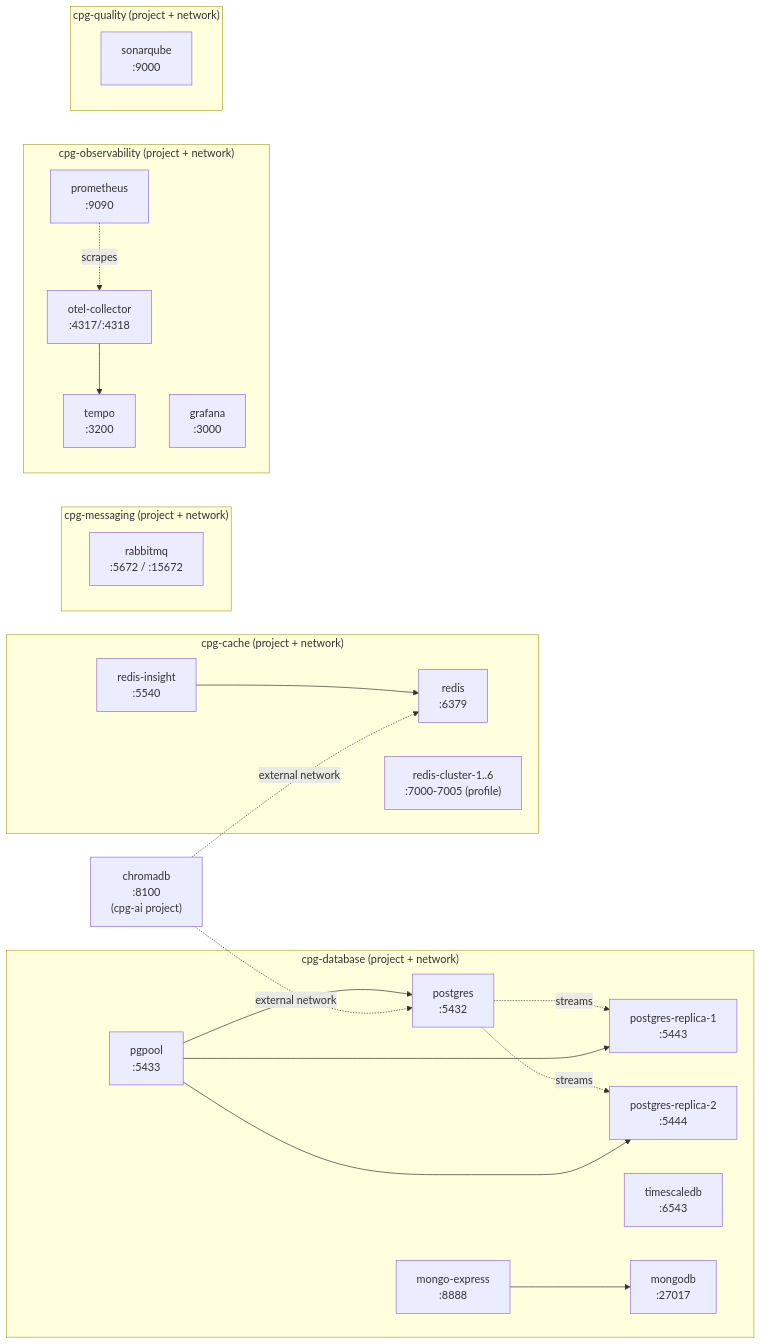
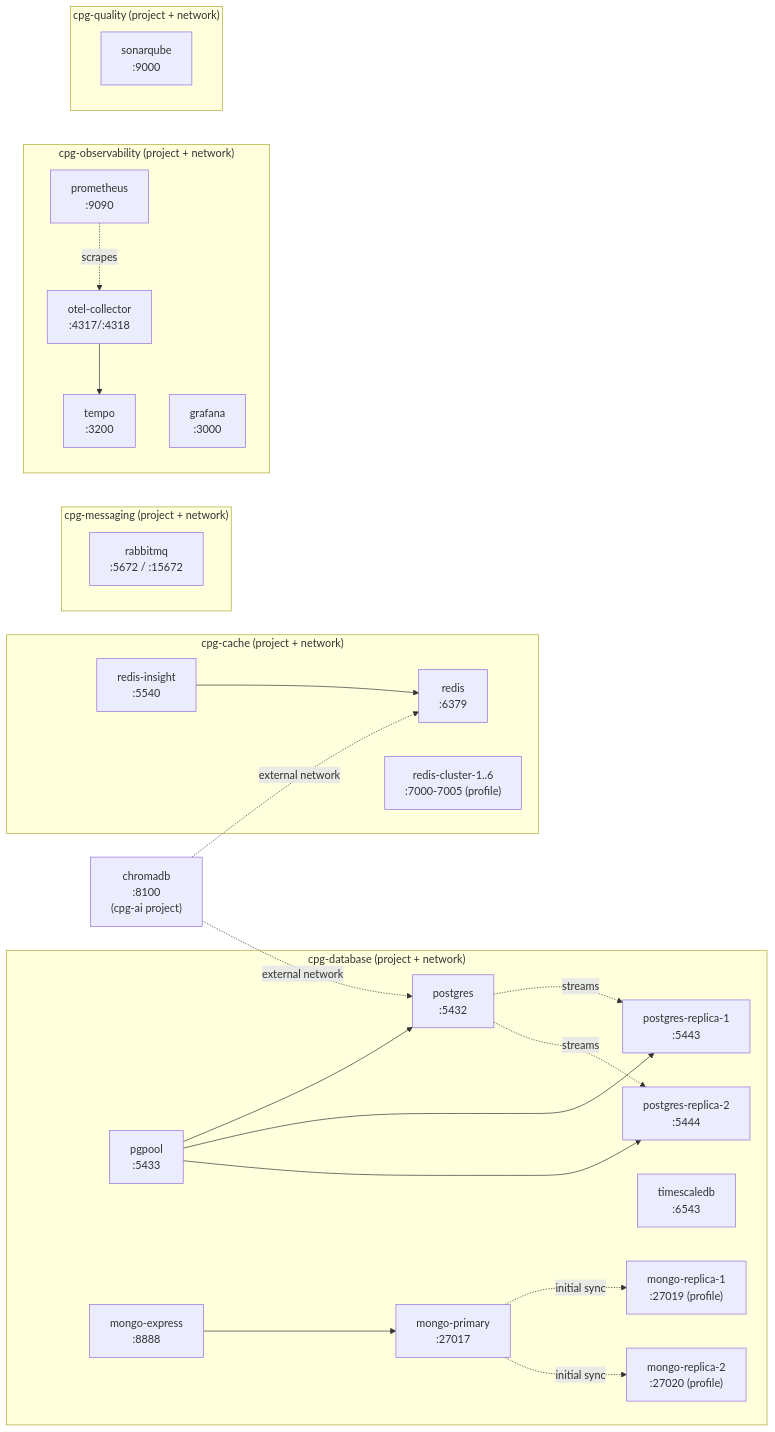
One commit to ndri-nr/cpg-cli changed the diagram in README.md. Above: the diagram before and after it, drawn with Mermaid. The commit also changed other lines of this file and 10 other files, not shown here.

First line of the commit message:
feat: MongoDB replica set + rename to cpg-cli

````diff
--- a/README.md
+++ b/README.md
@@ -133,46 +134,50 @@
 ```mermaid
 flowchart LR
     subgraph database ["cpg-database (project + network)"]
         postgres[postgres<br/>:5432]
         replica1[postgres-replica-1<br/>:5443]
         replica2[postgres-replica-2<br/>:5444]
         pgpool[pgpool<br/>:5433]
         timescaledb[timescaledb<br/>:6543]
-        mongodb[mongodb<br/>:27017]
+        mongoprimary[mongo-primary<br/>:27017]
+        mongoreplica1["mongo-replica-1<br/>:27019 (profile)"]
+        mongoreplica2["mongo-replica-2<br/>:27020 (profile)"]
         mongoexpress[mongo-express<br/>:8888]
         postgres -. streams .-> replica1
         postgres -. streams .-> replica2
         pgpool --> postgres
         pgpool --> replica1
         pgpool --> replica2
-        mongoexpress --> mongodb
+        mongoprimary -. "initial sync" .-> mongoreplica1
+        mongoprimary -. "initial sync" .-> mongoreplica2
+        mongoexpress --> mongoprimary
     end
 
     subgraph cache ["cpg-cache (project + network)"]
         redis[redis<br/>:6379]
         redisinsight[redis-insight<br/>:5540]
         rediscluster["redis-cluster-1..6<br/>:7000-7005 (profile)"]
         redisinsight --> redis
     end
 
     subgraph messaging ["cpg-messaging (project + network)"]
         rabbitmq[rabbitmq<br/>:5672 / :15672]
     end
 
     subgraph observability ["cpg-observability (project + network)"]
         otel[otel-collector<br/>:4317/:4318]
         tempo[tempo<br/>:3200]
         prometheus[prometheus<br/>:9090]
         grafana[grafana<br/>:3000]
         otel --> tempo
         prometheus -.scrapes.-> otel
     end
 
     subgraph quality ["cpg-quality (project + network)"]
         sonarqube[sonarqube<br/>:9000]
     end
 
     chromadb["chromadb<br/>:8100<br/>(cpg-ai project)"]
     chromadb -. "external network" .-> postgres
     chromadb -. "external network" .-> redis
 ```
````
